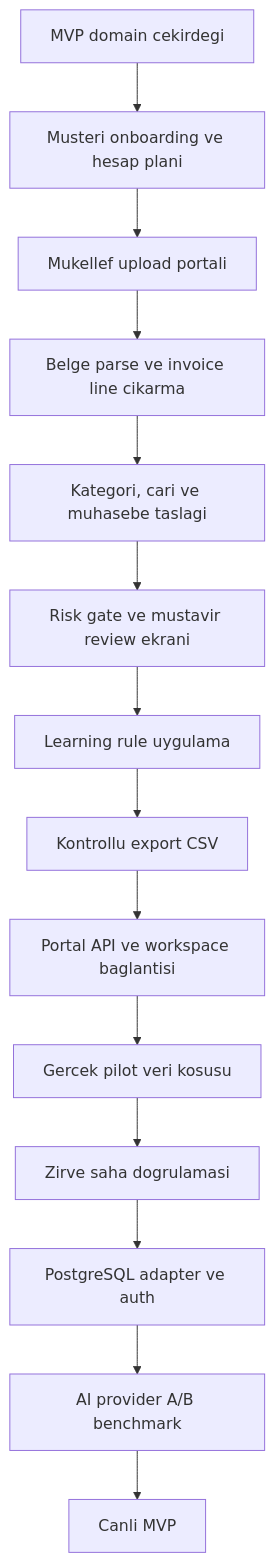
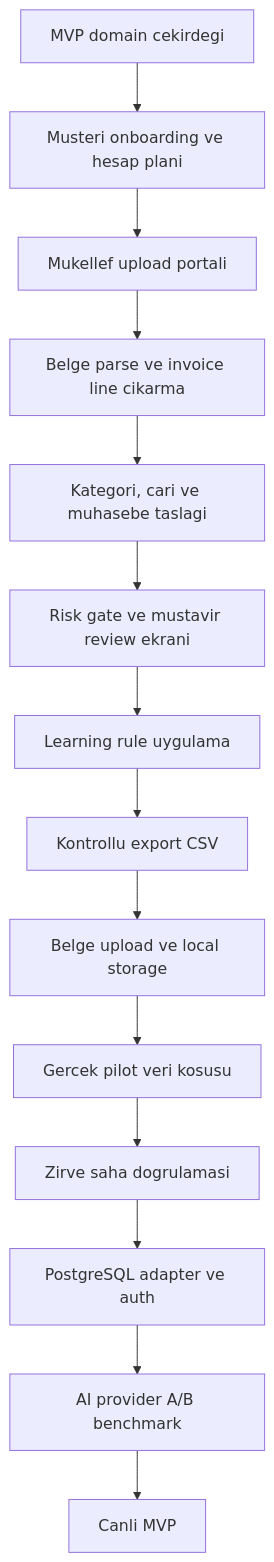
The diagram in docs/implementation-roadmap.md (keremerdogdu92/Fisora), drawn with Mermaid before and after one commit. The commit also changed other lines of this file and 14 other files, not shown here.

Commit message:
Add document upload storage contract

````diff
--- a/docs/implementation-roadmap.md
+++ b/docs/implementation-roadmap.md
@@ -47,16 +49,16 @@
 ```mermaid
 flowchart TD
     A["MVP domain cekirdegi"] --> B["Musteri onboarding ve hesap plani"]
     B --> C["Mukellef upload portali"]
     C --> D["Belge parse ve invoice line cikarma"]
     D --> E["Kategori, cari ve muhasebe taslagi"]
     E --> F["Risk gate ve mustavir review ekrani"]
     F --> G["Learning rule uygulama"]
     G --> H["Kontrollu export CSV"]
-    H --> I["Portal API ve workspace baglantisi"]
+    H --> I["Belge upload ve local storage"]
     I --> J["Gercek pilot veri kosusu"]
     J --> K["Zirve saha dogrulamasi"]
     K --> L["PostgreSQL adapter ve auth"]
     L --> M["AI provider A/B benchmark"]
     M --> N["Canli MVP"]
 ```
````
